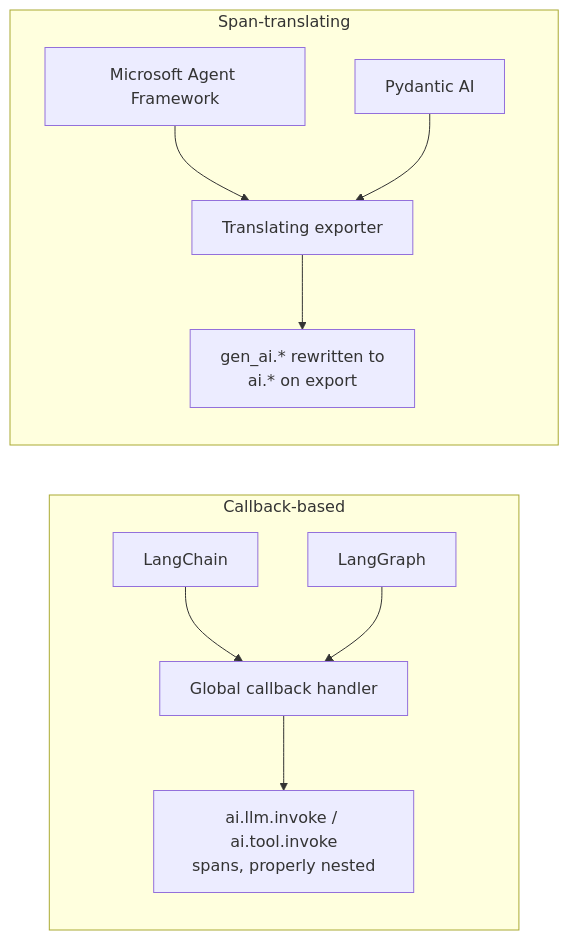
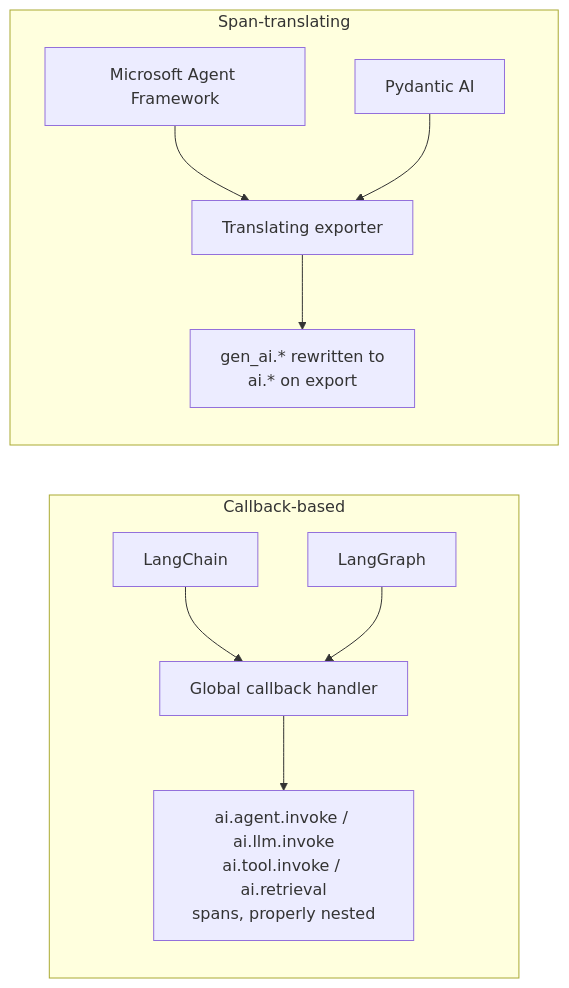
Before and after one commit to rhesis-ai/rhesis: the diagram in docs/content/guides/telemetry-configuration/auto-instrumentation.mdx, drawn with Mermaid. The commit also changed other lines of this file and 38 other files, not shown here.

````diff
--- a/docs/content/guides/telemetry-configuration/auto-instrumentation.mdx
+++ b/docs/content/guides/telemetry-configuration/auto-instrumentation.mdx
@@ -86,13 +86,13 @@
 ```mermaid
 flowchart LR
     subgraph Callback-based
         LC[LangChain] --> CB[Global callback handler]
         LG[LangGraph] --> CB
-        CB --> Spans1["ai.llm.invoke / ai.tool.invoke<br/>spans, properly nested"]
+        CB --> Spans1["ai.agent.invoke / ai.llm.invoke<br/>ai.tool.invoke / ai.retrieval<br/>spans, properly nested"]
     end
     subgraph Span-translating
         MAF[Microsoft Agent Framework] --> TR[Translating exporter]
         PAI[Pydantic AI] --> TR
         TR --> Spans2["gen_ai.* rewritten to<br/>ai.* on export"]
     end
 ```
````
